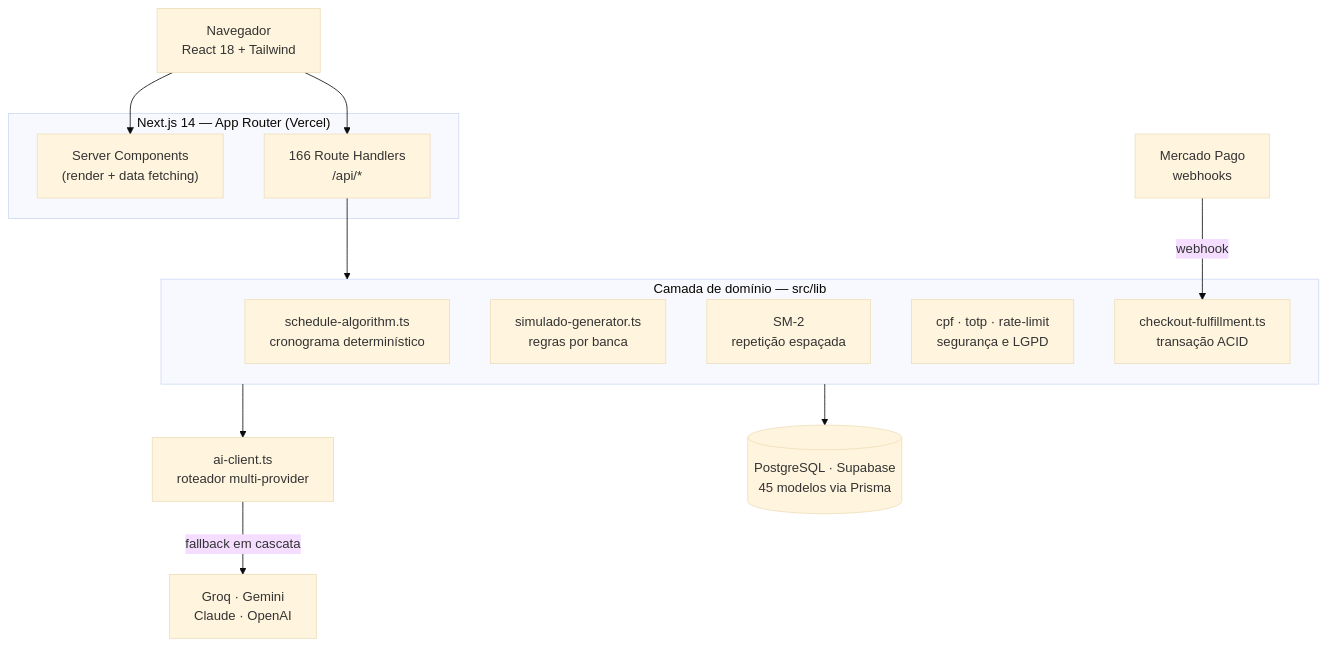
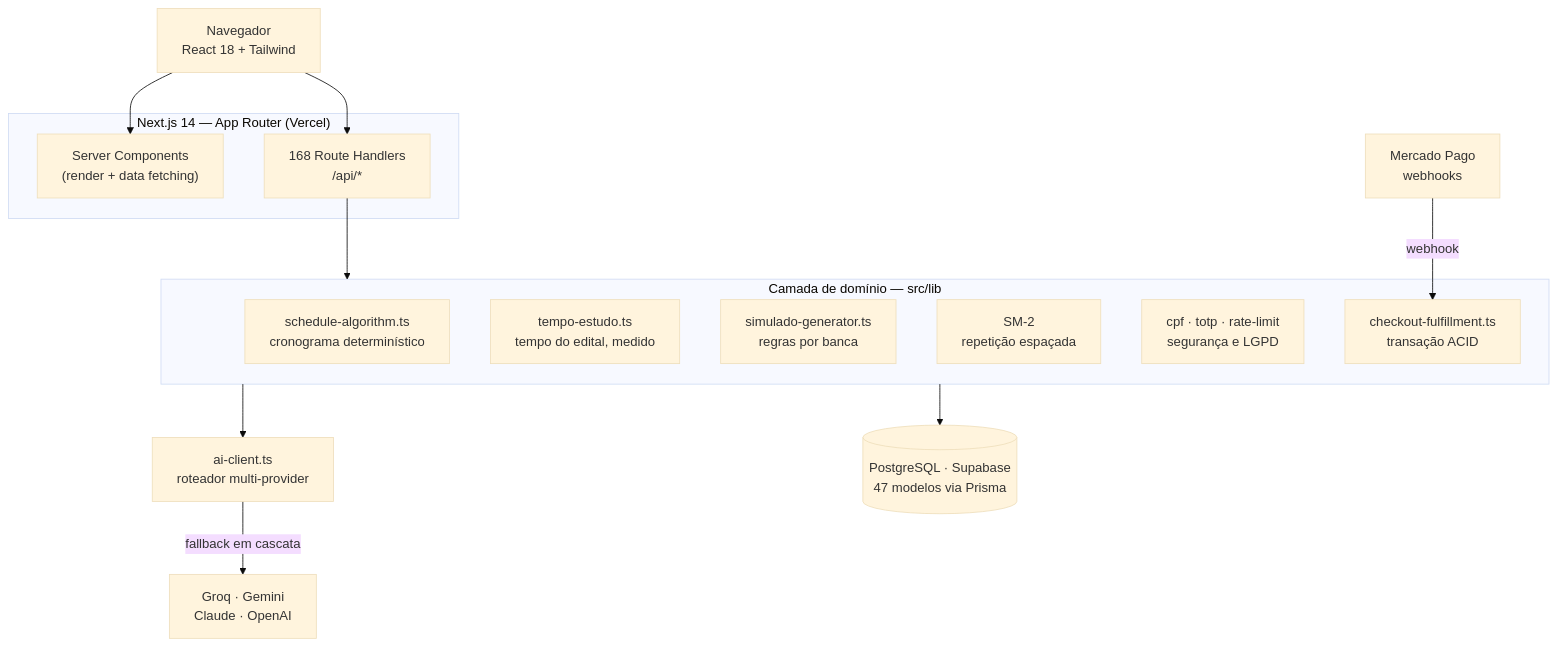
One commit to Lucascarvalho20/gabaritai changed the first of 2 diagrams in README.md. Above: the diagram before and after it, drawn with Mermaid (base theme). The commit also changed other lines of this file and 5 other files, not shown here.

````diff
--- a/README.md
+++ b/README.md
@@ -26,28 +27,29 @@
 ```mermaid
 flowchart TB
     Browser["Navegador<br/>React 18 + Tailwind"]
 
     subgraph Next["Next.js 14 — App Router (Vercel)"]
         RSC["Server Components<br/>(render + data fetching)"]
-        API["166 Route Handlers<br/>/api/*"]
+        API["168 Route Handlers<br/>/api/*"]
     end
 
     subgraph Dominio["Camada de domínio — src/lib"]
         SCHED["schedule-algorithm.ts<br/>cronograma determinístico"]
+        TEMPO["tempo-estudo.ts<br/>tempo do edital, medido"]
         SIM["simulado-generator.ts<br/>regras por banca"]
         SM2["SM-2<br/>repetição espaçada"]
         SEC["cpf · totp · rate-limit<br/>segurança e LGPD"]
         FULFILL["checkout-fulfillment.ts<br/>transação ACID"]
     end
 
     AI["ai-client.ts<br/>roteador multi-provider"]
-    DB[("PostgreSQL · Supabase<br/>45 modelos via Prisma")]
+    DB[("PostgreSQL · Supabase<br/>47 modelos via Prisma")]
     PAY["Mercado Pago<br/>webhooks"]
 
     Browser --> RSC & API
     API --> Dominio
     Dominio --> DB
     Dominio --> AI
     AI -->|"fallback em cascata"| LLM["Groq · Gemini<br/>Claude · OpenAI"]
     PAY -->|webhook| FULFILL
 ```
````
